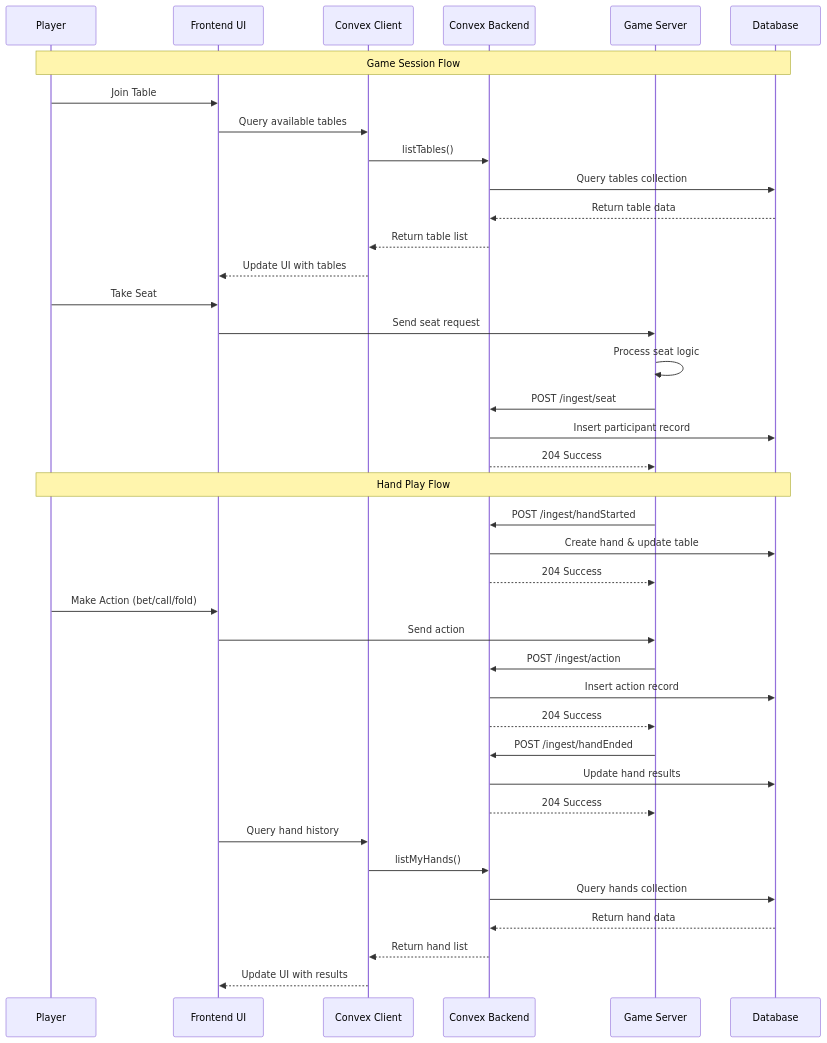
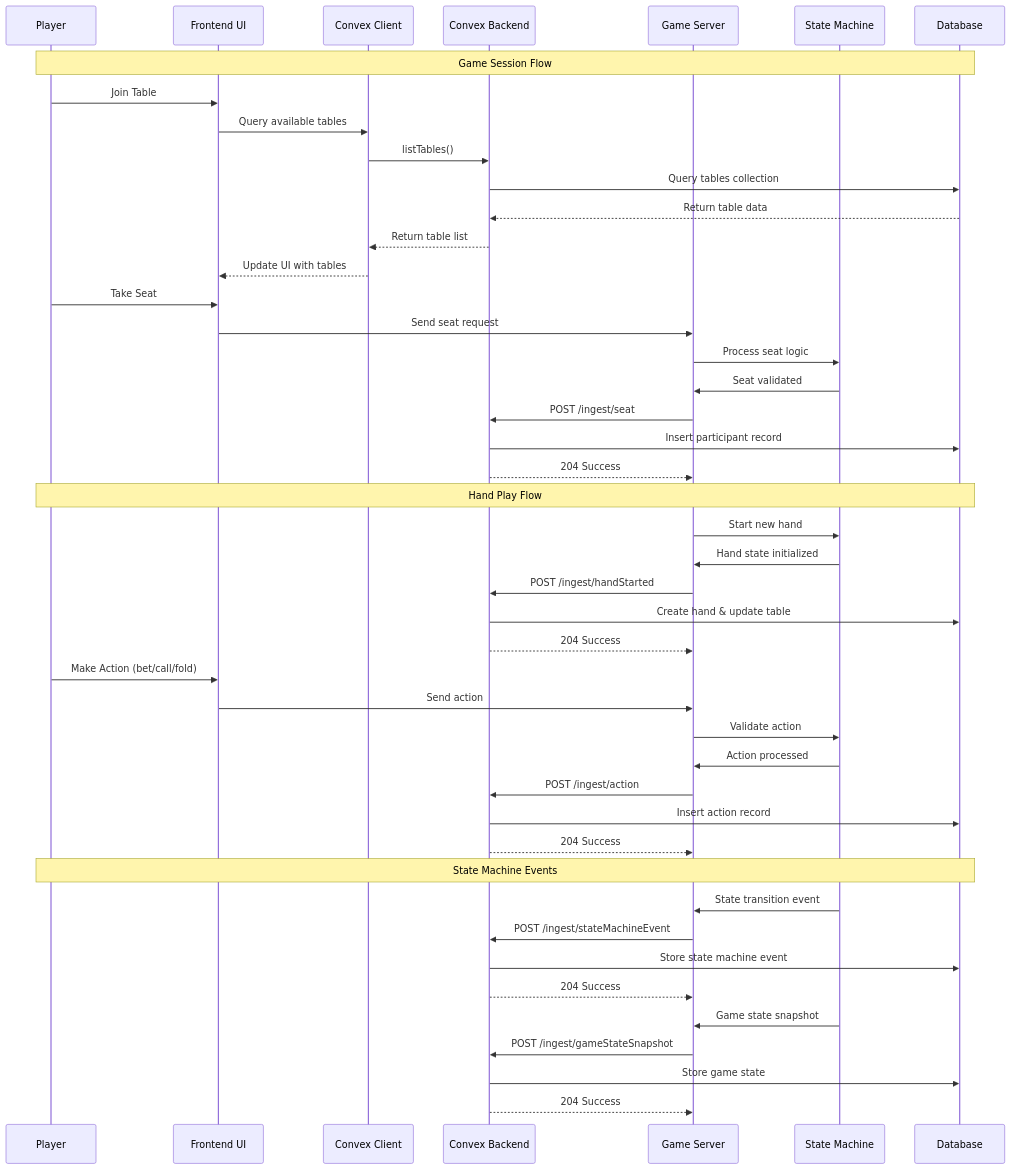
Before and after one commit to smallfatcat/montecarlo: the second of 2 diagrams in docs/convex-integration-architecture.md, drawn with Mermaid. The commit also changed other lines of this file and 7 other files, not shown here.

````diff
--- a/docs/convex-integration-architecture.md
+++ b/docs/convex-integration-architecture.md
@@ -63,49 +73,56 @@
 ```mermaid
 sequenceDiagram
     participant Player as Player
     participant UI as Frontend UI
     participant Convex as Convex Client
     participant Backend as Convex Backend
     participant GameServer as Game Server
+    participant StateMachine as State Machine
     participant DB as Database
     
     Note over Player,DB: Game Session Flow
     
     Player->>UI: Join Table
     UI->>Convex: Query available tables
     Convex->>Backend: listTables()
     Backend->>DB: Query tables collection
     DB-->>Backend: Return table data
     Backend-->>Convex: Return table list
     Convex-->>UI: Update UI with tables
     
     Player->>UI: Take Seat
     UI->>GameServer: Send seat request
-    GameServer->>GameServer: Process seat logic
+    GameServer->>StateMachine: Process seat logic
+    StateMachine->>GameServer: Seat validated
     GameServer->>Backend: POST /ingest/seat
     Backend->>DB: Insert participant record
     Backend-->>GameServer: 204 Success
     
     Note over Player,DB: Hand Play Flow
     
+    GameServer->>StateMachine: Start new hand
+    StateMachine->>GameServer: Hand state initialized
     GameServer->>Backend: POST /ingest/handStarted
     Backend->>DB: Create hand & update table
     Backend-->>GameServer: 204 Success
     
     Player->>UI: Make Action (bet/call/fold)
     UI->>GameServer: Send action
+    GameServer->>StateMachine: Validate action
+    StateMachine->>GameServer: Action processed
     GameServer->>Backend: POST /ingest/action
     Backend->>DB: Insert action record
     Backend-->>GameServer: 204 Success
     
-    GameServer->>Backend: POST /ingest/handEnded
-    Backend->>DB: Update hand results
+    Note over Player,DB: State Machine Events
+    
+    StateMachine->>GameServer: State transition event
+    GameServer->>Backend: POST /ingest/stateMachineEvent
+    Backend->>DB: Store state machine event
     Backend-->>GameServer: 204 Success
     
-    UI->>Convex: Query hand history
-    Convex->>Backend: listMyHands()
-    Backend->>DB: Query hands collection
-    DB-->>Backend: Return hand data
-    Backend-->>Convex: Return hand list
-    Convex-->>UI: Update UI with results
+    StateMachine->>GameServer: Game state snapshot
+    GameServer->>Backend: POST /ingest/gameStateSnapshot
+    Backend->>DB: Store game state
+    Backend-->>GameServer: 204 Success
 ```
````
